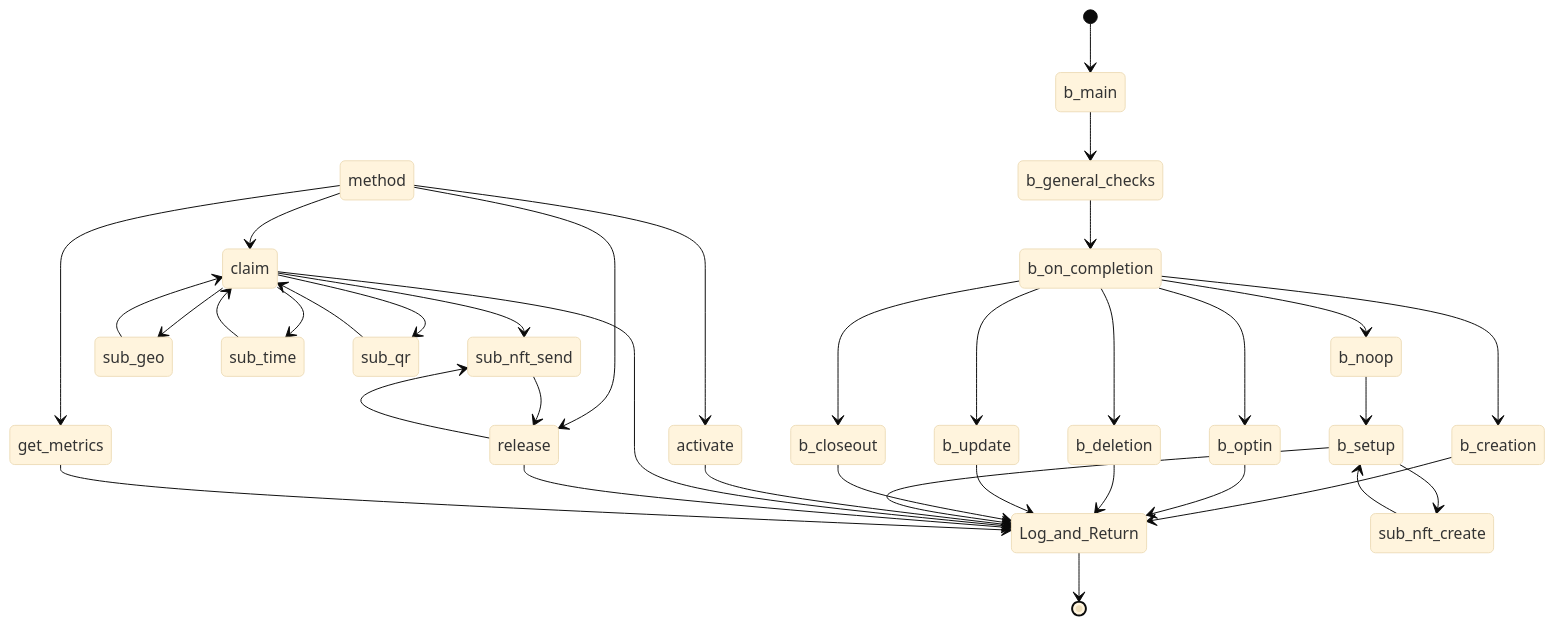
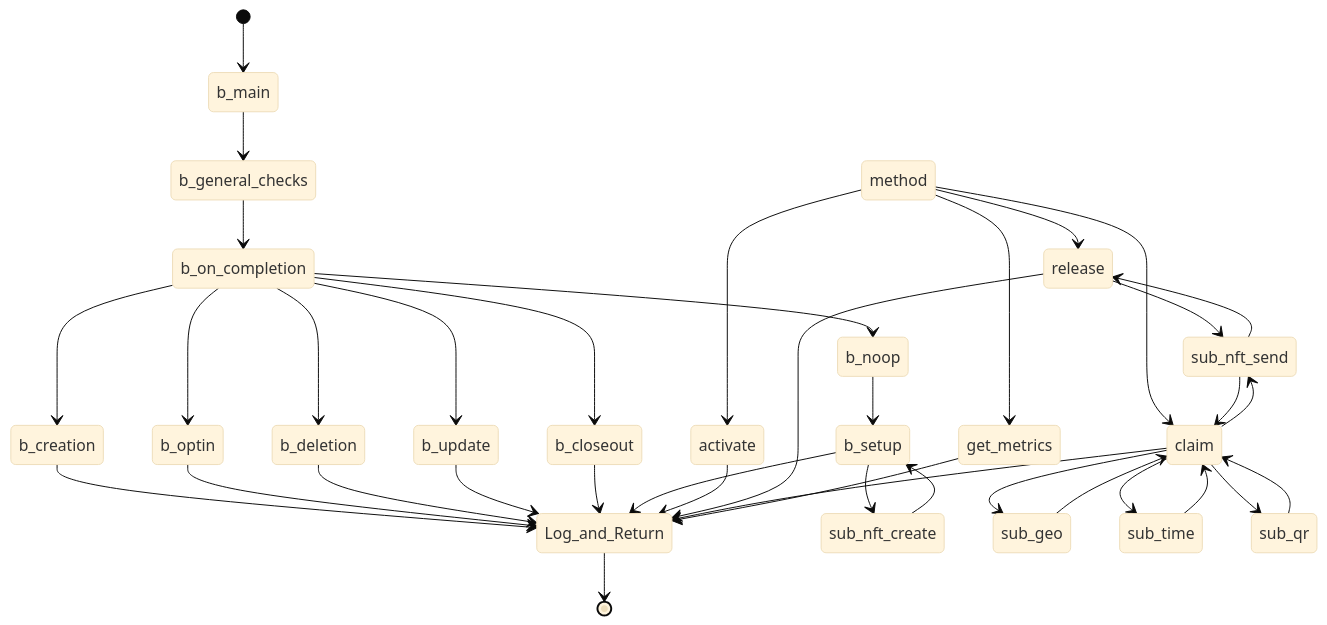
The ninth of 10 diagrams in profile/README.md (GoPlausible/.github), drawn with Mermaid (base theme) before and after one commit.

````diff
--- a/profile/README.md
+++ b/profile/README.md
@@ -302,52 +302,54 @@
 ```mermaid
   stateDiagram-v2
     [*] --> b_main
     b_main --> b_general_checks
     b_general_checks --> b_on_completion
     
     b_on_completion --> b_creation
     b_creation --> Log_and_Return
     b_on_completion --> b_optin
     b_optin --> Log_and_Return
     b_on_completion --> b_deletion
     b_deletion --> Log_and_Return
     b_on_completion --> b_update
     b_update --> Log_and_Return
     b_on_completion --> b_closeout
     b_closeout --> Log_and_Return
 
     b_on_completion --> b_noop
     b_noop --> b_setup
     b_setup --> sub_nft_create
     sub_nft_create --> b_setup
     b_setup --> Log_and_Return
    
 
 
     method --> activate
     activate --> Log_and_Return
 
+    method --> release
+    release --> sub_nft_send
+    sub_nft_send --> release
+    release --> Log_and_Return
 
     method --> claim
     claim --> sub_geo
     sub_geo --> claim
     claim --> sub_time
     sub_time --> claim
     claim --> sub_qr
     sub_qr --> claim
     claim --> sub_nft_send
+    sub_nft_send --> claim
     claim --> Log_and_Return
 
 
-    method --> release
-    release --> sub_nft_send
-    sub_nft_send --> release
-    release --> Log_and_Return
+    
   
     method --> get_metrics
     get_metrics --> Log_and_Return
   
     
     Log_and_Return --> [*]
     
 ```
````
